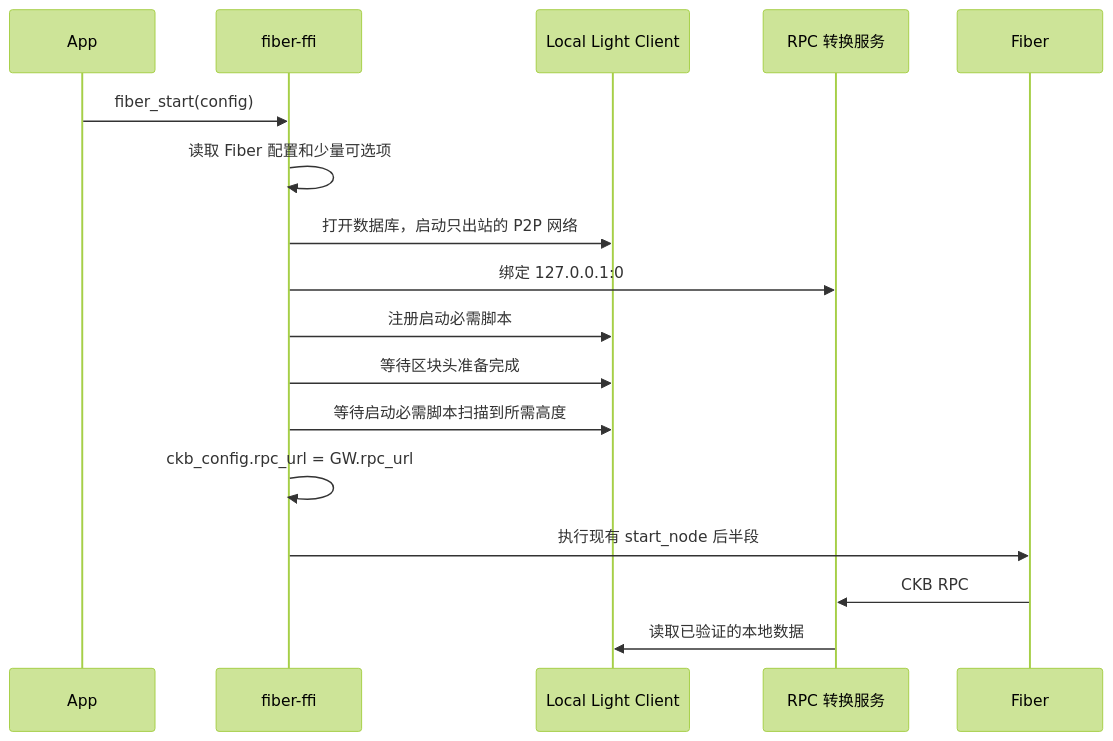
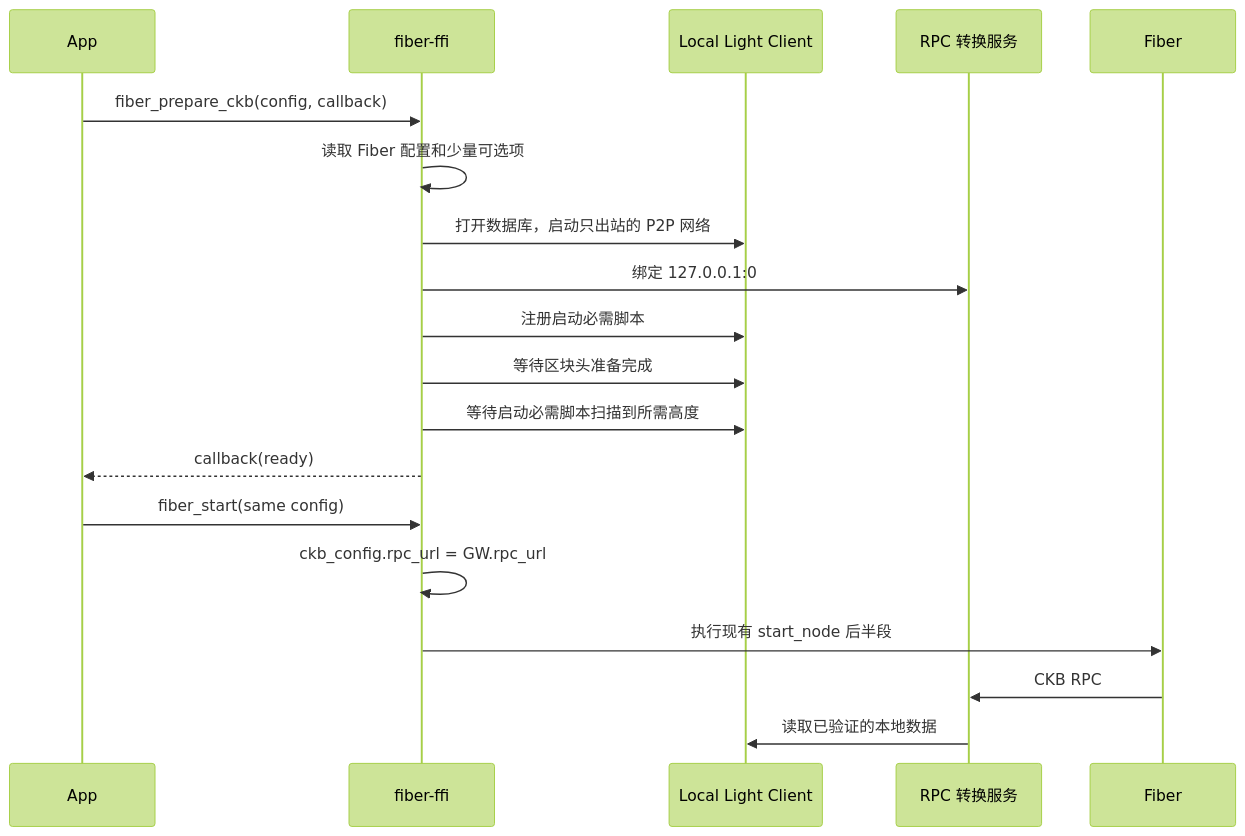
The second of 2 diagrams in docs/ckb-light-client-integration.md (joii2020/fiber-ffi), drawn with Mermaid (forest theme) before and after one commit. The commit also changed other lines of this file and 14 other files, not shown here.

Commit message:
feat: add asynchronous CKB preparation flow

````diff
--- a/docs/ckb-light-client-integration.md
+++ b/docs/ckb-light-client-integration.md
@@ -237,20 +248,22 @@
 ```mermaid
 sequenceDiagram
     participant App
     participant FFI as fiber-ffi
     participant LC as Local Light Client
     participant GW as RPC 转换服务
     participant Fiber
 
-    App->>FFI: fiber_start(config)
+    App->>FFI: fiber_prepare_ckb(config, callback)
     FFI->>FFI: 读取 Fiber 配置和少量可选项
     FFI->>LC: 打开数据库，启动只出站的 P2P 网络
     FFI->>GW: 绑定 127.0.0.1:0
     FFI->>LC: 注册启动必需脚本
     FFI->>LC: 等待区块头准备完成
     FFI->>LC: 等待启动必需脚本扫描到所需高度
+    FFI-->>App: callback(ready)
+    App->>FFI: fiber_start(same config)
     FFI->>FFI: ckb_config.rpc_url = GW.rpc_url
     FFI->>Fiber: 执行现有 start_node 后半段
     Fiber->>GW: CKB RPC
     GW->>LC: 读取已验证的本地数据
 ```
````
